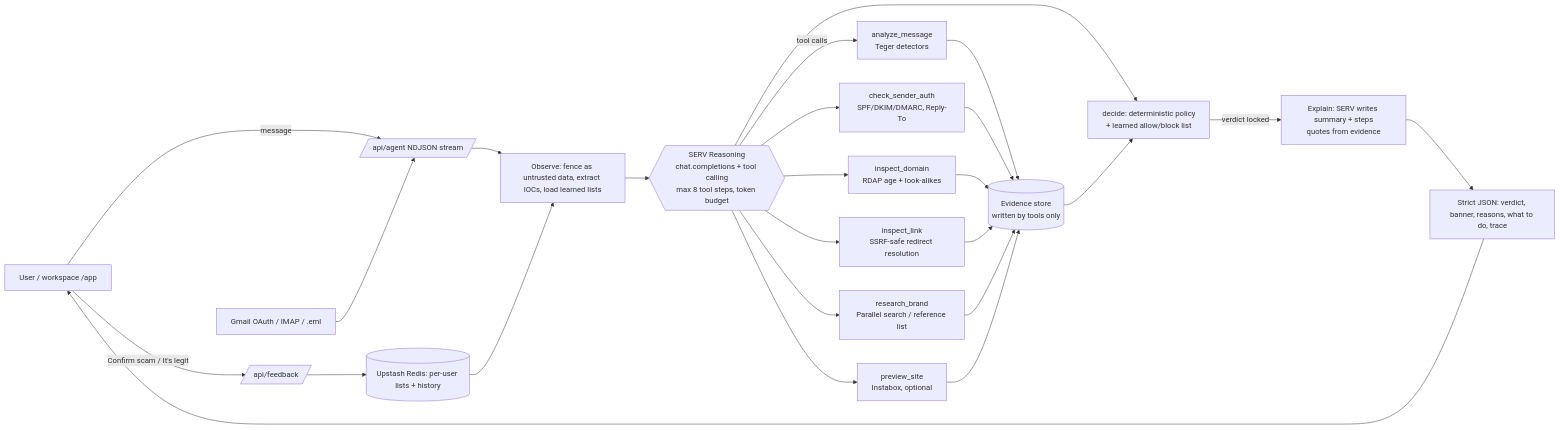
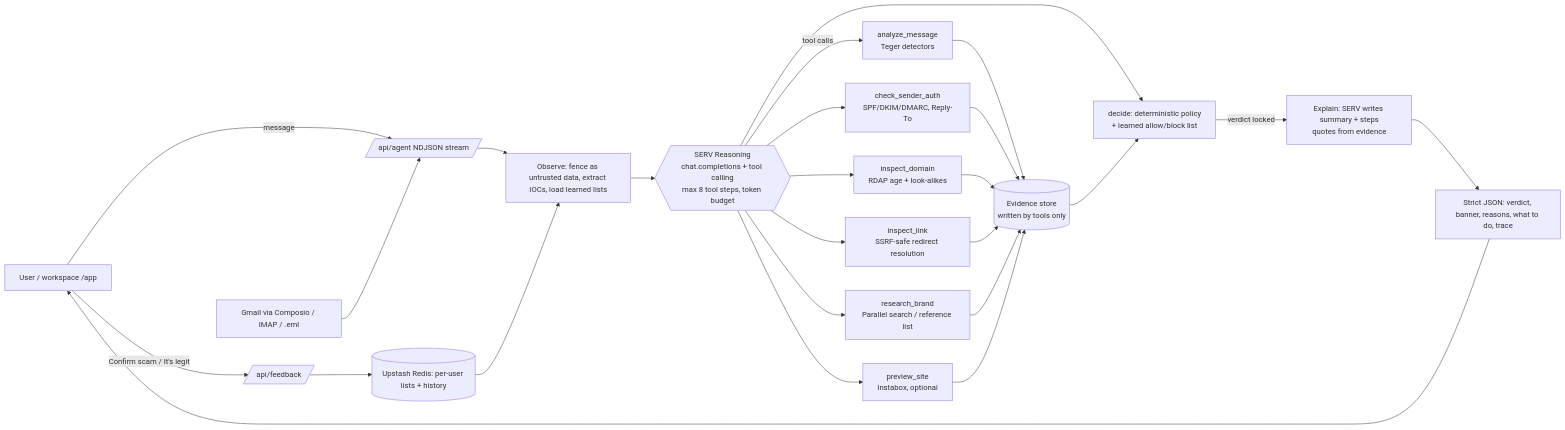
One commit to dukemawex/teger-agent changed the diagram in README.md. Above: the diagram before and after it, drawn with Mermaid. The commit also changed other lines of this file and 26 other files, not shown here.

Commit message:
Gmail via Composio: one-click connect, triage, scan, labels, verification drafts, optional auto-scan webhook

````diff
--- a/README.md
+++ b/README.md
@@ -49,21 +49,21 @@
 ```mermaid
 flowchart LR
   U[User / workspace /app] -- message --> API[/api/agent NDJSON stream/]
   API --> OBS[Observe: fence as untrusted data, extract IOCs, load learned lists]
   OBS --> LOOP{{SERV Reasoning<br/>chat.completions + tool calling<br/>max 8 tool steps, token budget}}
   LOOP -- tool calls --> T1[analyze_message<br/>Teger detectors]
   LOOP --> T2[check_sender_auth<br/>SPF/DKIM/DMARC, Reply-To]
   LOOP --> T3[inspect_domain<br/>RDAP age + look-alikes]
   LOOP --> T4[inspect_link<br/>SSRF-safe redirect resolution]
   LOOP --> T5[research_brand<br/>Parallel search / reference list]
   LOOP --> T6[preview_site<br/>Instabox, optional]
   T1 & T2 & T3 & T4 & T5 & T6 --> EV[(Evidence store<br/>written by tools only)]
   LOOP --> D[decide: deterministic policy<br/>+ learned allow/block list]
   EV --> D
   D -- verdict locked --> EX[Explain: SERV writes summary + steps<br/>quotes from evidence]
   EX --> OUT[Strict JSON: verdict, banner, reasons, what to do, trace]
   OUT --> U
   U -- Confirm scam / It's legit --> FB[/api/feedback/] --> MEM[(Upstash Redis: per-user lists + history)]
-  INBOX[Gmail OAuth / IMAP / .eml] --> API
+  INBOX[Gmail via Composio / IMAP / .eml] --> API
   MEM --> OBS
 ```
````
